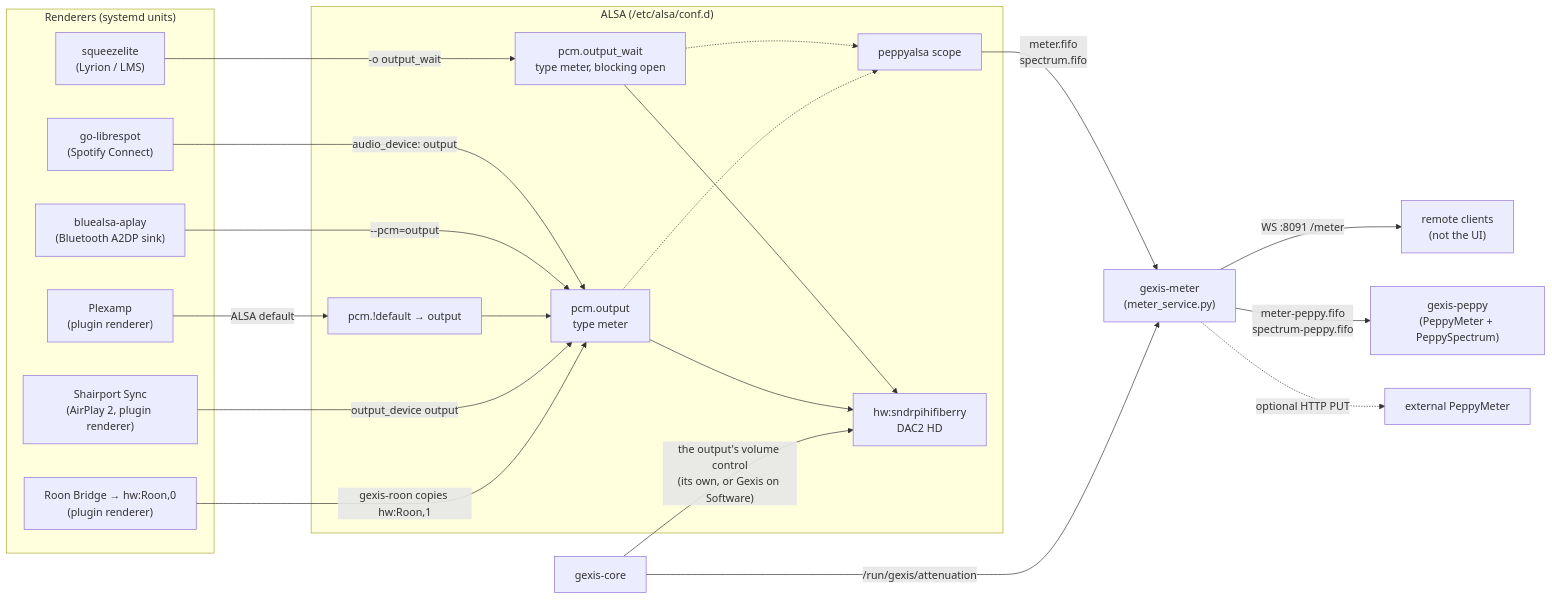
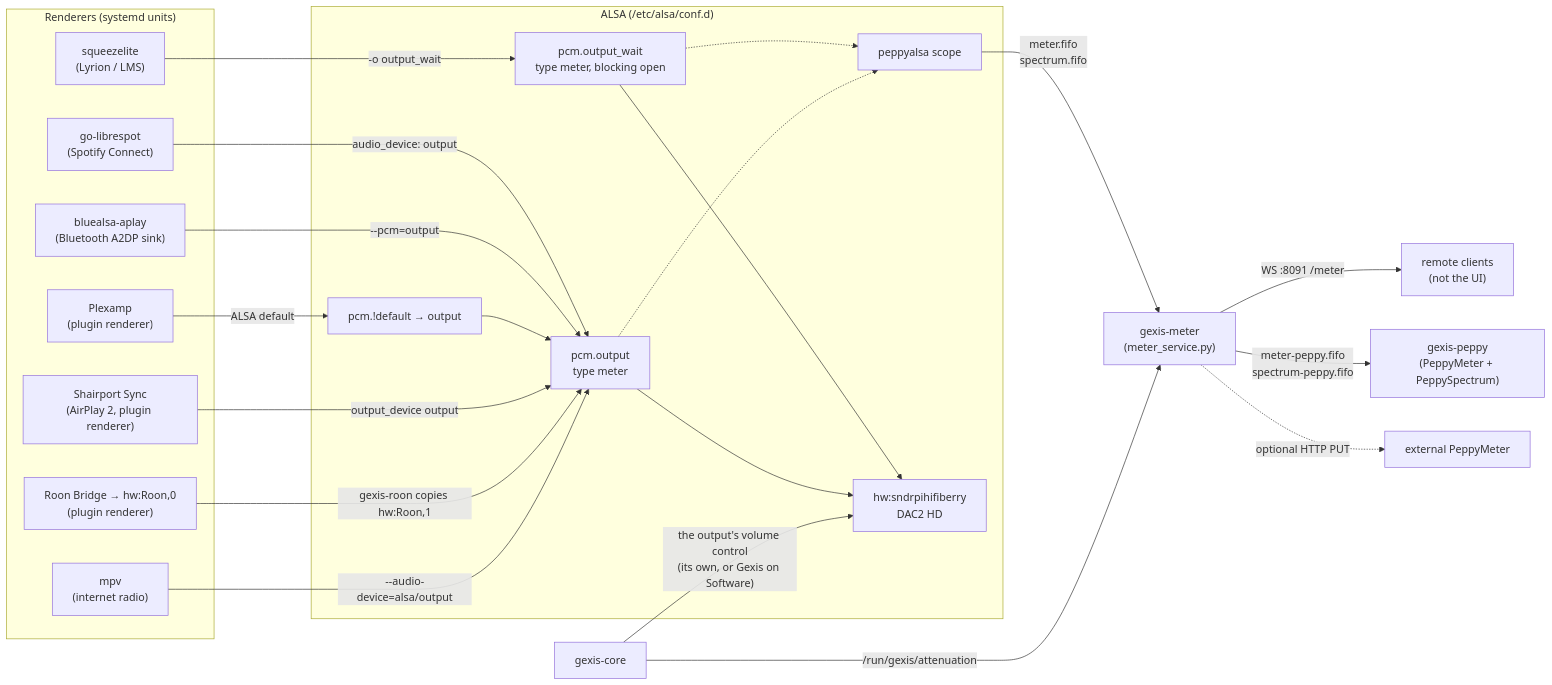
Before and after one commit to gcarstoiu/gexis-player: the first of 5 diagrams in docs/tech/audio-path.md, drawn with Mermaid. The commit also changed other lines of this file and 7 other files, not shown here.

First line of the commit message:
Phase 31: internet radio in the public documents

````diff
--- a/docs/tech/audio-path.md
+++ b/docs/tech/audio-path.md
@@ -13,38 +13,40 @@
 ```mermaid
 flowchart LR
     subgraph Renderers["Renderers (systemd units)"]
         SQ["squeezelite<br/>(Lyrion / LMS)"]
         GL["go-librespot<br/>(Spotify Connect)"]
         BA["bluealsa-aplay<br/>(Bluetooth A2DP sink)"]
         PX["Plexamp<br/>(plugin renderer)"]
         AP["Shairport Sync<br/>(AirPlay 2, plugin renderer)"]
         RN["Roon Bridge → hw:Roon,0<br/>(plugin renderer)"]
+        RD["mpv<br/>(internet radio)"]
     end
 
     subgraph ALSA["ALSA (/etc/alsa/conf.d)"]
         OW["pcm.output_wait<br/>type meter, blocking open"]
         OUT["pcm.output<br/>type meter"]
         DEF["pcm.!default → output"]
         SCOPE["peppyalsa scope"]
         HW["hw:sndrpihifiberry<br/>DAC2 HD"]
     end
 
     SQ -- "-o output_wait" --> OW
     GL -- "audio_device: output" --> OUT
     BA -- "--pcm=output" --> OUT
     PX -- "ALSA default" --> DEF --> OUT
     AP -- "output_device output" --> OUT
     RN -- "gexis-roon copies hw:Roon,1" --> OUT
+    RD -- "--audio-device=alsa/output" --> OUT
     OW --> HW
     OUT --> HW
     OW -.-> SCOPE
     OUT -.-> SCOPE
 
     SCOPE -- "meter.fifo<br/>spectrum.fifo" --> MS["gexis-meter<br/>(meter_service.py)"]
     MS -- "WS :8091 /meter" --> RC["remote clients<br/>(not the UI)"]
     MS -- "meter-peppy.fifo<br/>spectrum-peppy.fifo" --> PP["gexis-peppy<br/>(PeppyMeter + PeppySpectrum)"]
     MS -. "optional HTTP PUT" .-> EXT["external PeppyMeter"]
 
     CORE["gexis-core"] -- "the output's volume control<br/>(its own, or Gexis on Software)" --> HW
     CORE -- "/run/gexis/attenuation" --> MS
 ```
````
